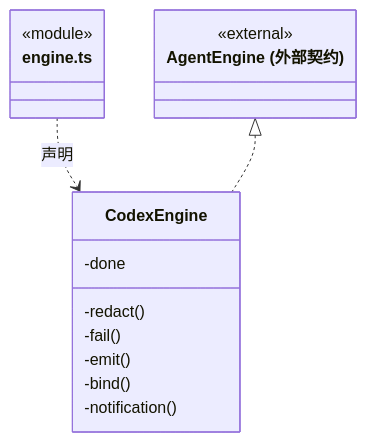
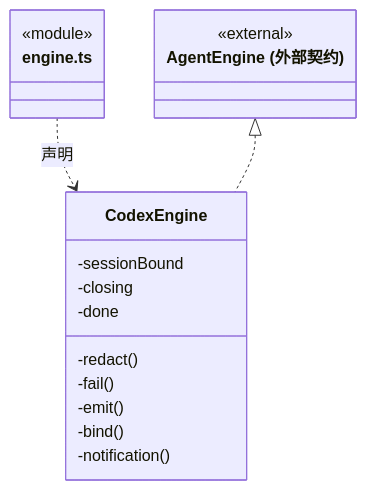
Before and after one commit to nan023062/cbim: the fourth of 12 diagrams in src/backend/engines/codex/ARCHITECTURE.md, drawn with Mermaid. The commit also changed other lines of this file and 13 other files, not shown here.

````diff
--- a/src/backend/engines/codex/ARCHITECTURE.md
+++ b/src/backend/engines/codex/ARCHITECTURE.md
@@ -89,19 +89,21 @@
 ```mermaid
 classDiagram
 class N_src_backend_engines_codex_engine_ts["engine.ts"] {
   <<module>>
 }
 class N_src_backend_engines_codex_engine_ts_CodexEngine["CodexEngine"] {
+  -sessionBound
+  -closing
   -done
   -redact()
   -fail()
   -emit()
   -bind()
   -notification()
 }
 N_src_backend_engines_codex_engine_ts ..> N_src_backend_engines_codex_engine_ts_CodexEngine : 声明
 class N_src_backend_engines_codex_engine_ts_external_AgentEngine["AgentEngine (外部契约)"] {
   <<external>>
 }
 N_src_backend_engines_codex_engine_ts_external_AgentEngine <|.. N_src_backend_engines_codex_engine_ts_CodexEngine
 ```
````
